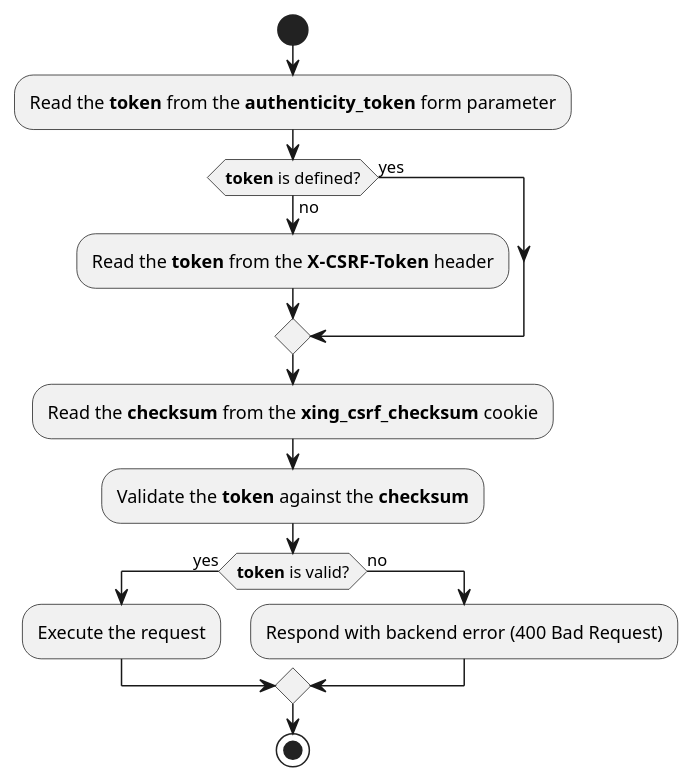
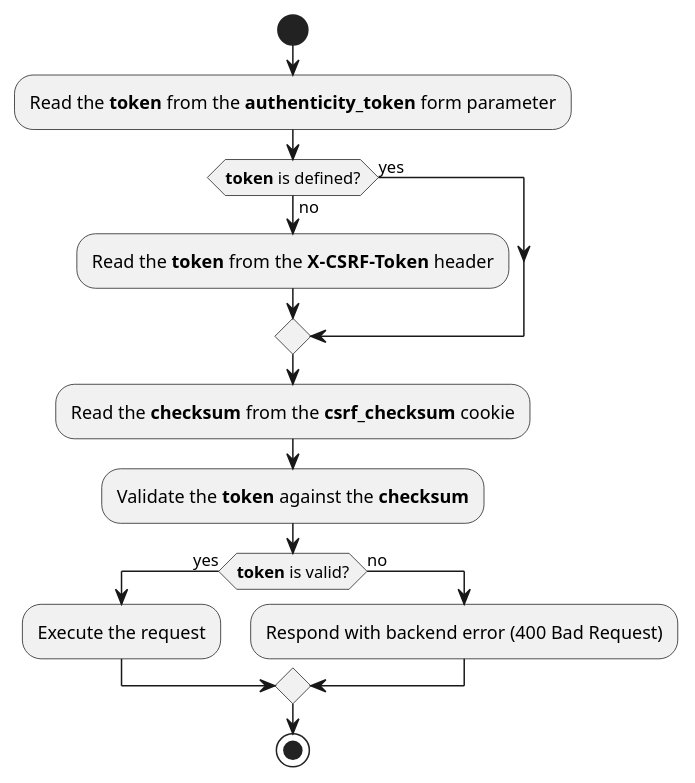
Before and after one commit to xing/cross-application-csrf-prevention: the diagram in diagrams/application-action-filter.puml, drawn with PlantUML. The commit also changed 5 other files, not shown here.

```diff
--- a/diagrams/application-action-filter.puml
+++ b/diagrams/application-action-filter.puml
@@ -1,21 +1,21 @@
 @startuml
 start
 
 :Read the **token** from the **authenticity_token** form parameter;
 
 if (**token** is defined?) then (yes)
 else (no)
     :Read the **token** from the **X-CSRF-Token** header;
 endif
 
-:Read the **checksum** from the **xing_csrf_checksum** cookie;
+:Read the **checksum** from the **csrf_checksum** cookie;
 :Validate the **token** against the **checksum**;
 
 if (**token** is valid?) then (yes)
     :Execute the request;
 else (no)
     :Respond with backend error (400 Bad Request);
 endif
 
 stop
 @enduml
```
